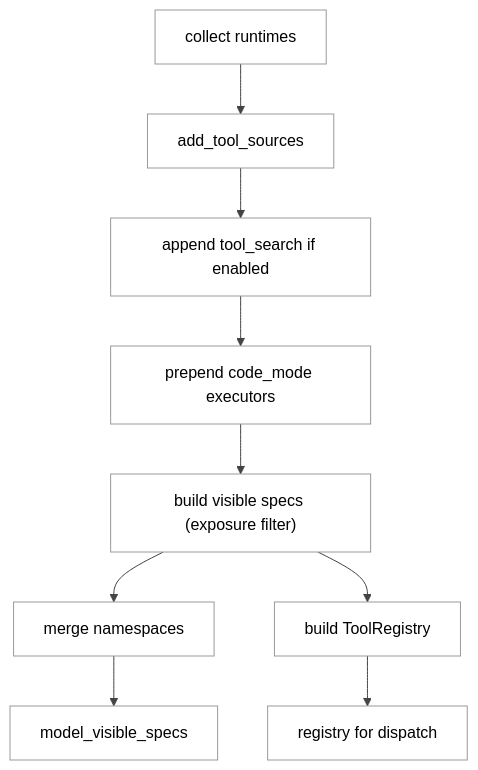
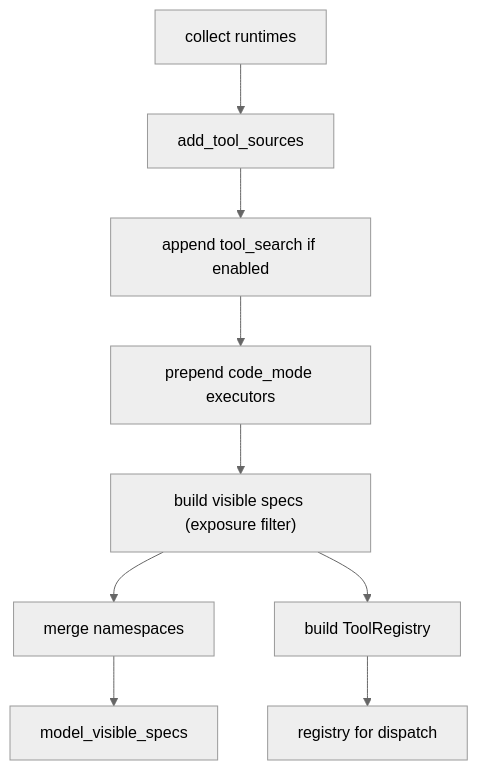
The second of 5 diagrams in Part II Source Analysis/09-工具系统总览.md (GLBB/codex-source-analysis), drawn with Mermaid before and after one commit. The commit also changed other lines of this file and 29 other files, not shown here.

````diff
--- a/Part II Source Analysis/09-工具系统总览.md
+++ b/Part II Source Analysis/09-工具系统总览.md
@@ -250,12 +257,12 @@
 ```mermaid
-%%{init: {"theme":"neutral","themeCSS":"svg { background: #ffffff !important; } .label, .nodeLabel, .edgeLabel, text { fill: #000000 !important; color: #000000 !important; }","themeVariables":{"background":"#ffffff","mainBkg":"#ffffff","primaryColor":"#ffffff","secondaryColor":"#ffffff","tertiaryColor":"#ffffff","primaryTextColor":"#000000","textColor":"#000000","lineColor":"#444444","primaryBorderColor":"#333333","clusterBkg":"#ffffff","clusterBorder":"#888888","edgeLabelBackground":"#ffffff","fontFamily":"Helvetica"}}}%%
+%%{init:{'theme':'neutral','themeVariables':{'background':'#ffffff'}}}%%
 flowchart TD
     StepA["collect runtimes"] --> StepB["add_tool_sources"]
     StepB --> StepC["append tool_search if enabled"]
     StepC --> StepD["prepend code_mode executors"]
     StepD --> StepE["build visible specs (exposure filter)"]
     StepE --> StepF["merge namespaces"]
     StepE --> StepG["build ToolRegistry"]
     StepF --> StepH["model_visible_specs"]
     StepG --> StepI["registry for dispatch"]
 ```
````
